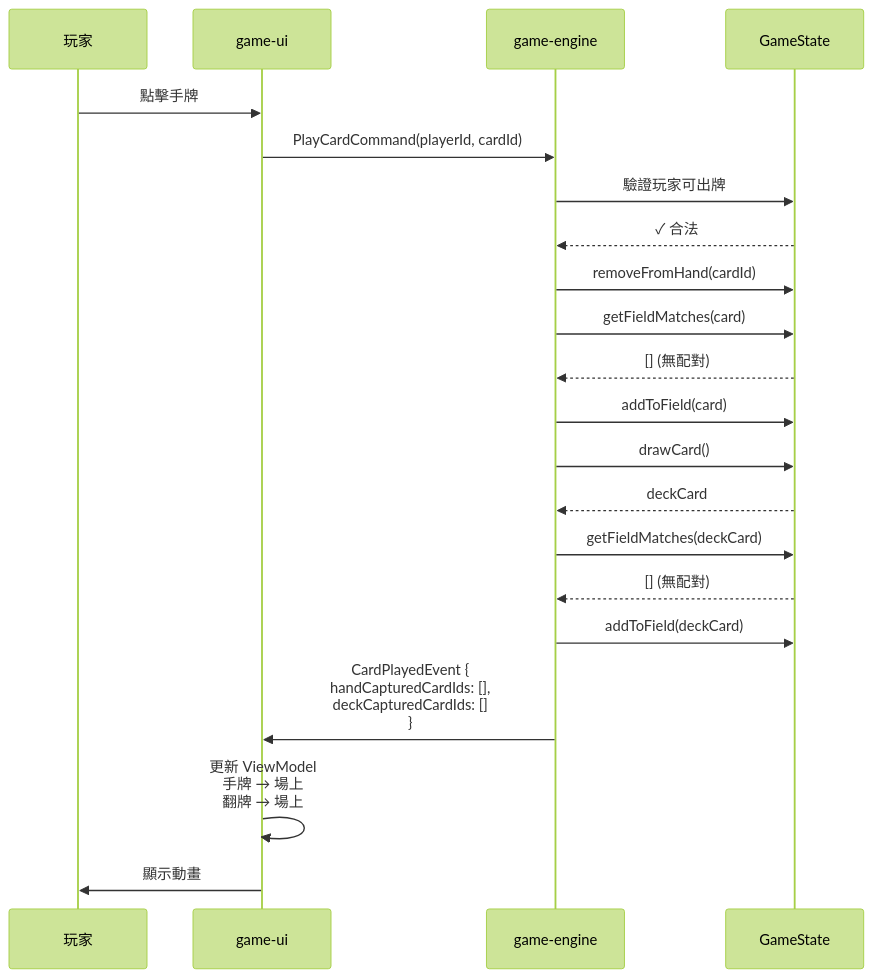
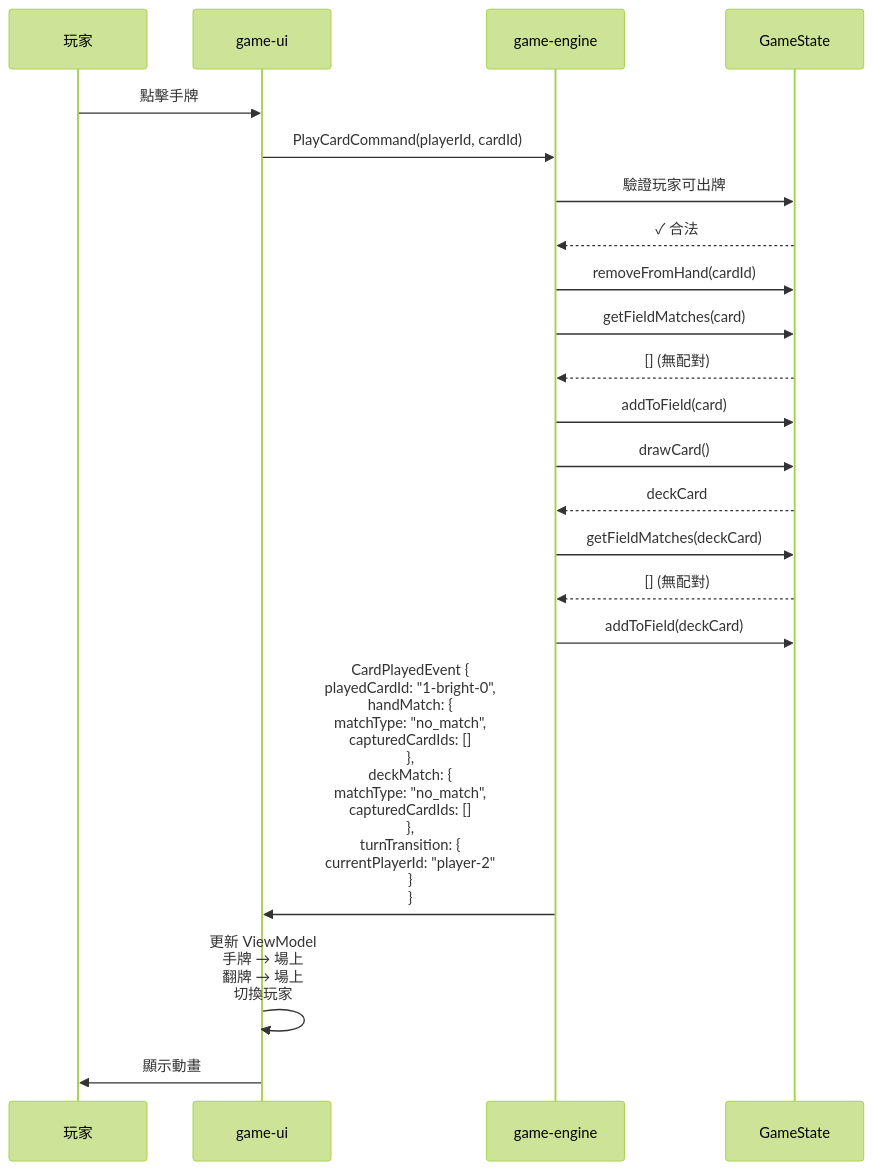
One commit to ychleo102615/hanahuda changed the second of 9 diagrams in specs/001-game-ui-game/contracts/event-sequence-diagram.md. Above: the diagram before and after it, drawn with Mermaid (forest theme). The commit also changed other lines of this file and 4 other files, not shown here.

````diff
--- a/specs/001-game-ui-game/contracts/event-sequence-diagram.md
+++ b/specs/001-game-ui-game/contracts/event-sequence-diagram.md
@@ -59,25 +53,25 @@
 ```mermaid
 sequenceDiagram
     participant Player as 玩家
     participant UI as game-ui
     participant Engine as game-engine
     participant State as GameState
 
     Player->>UI: 點擊手牌
     UI->>Engine: PlayCardCommand(playerId, cardId)
     Engine->>State: 驗證玩家可出牌
     State-->>Engine: ✓ 合法
     Engine->>State: removeFromHand(cardId)
     Engine->>State: getFieldMatches(card)
     State-->>Engine: [] (無配對)
     Engine->>State: addToField(card)
     Engine->>State: drawCard()
     State-->>Engine: deckCard
     Engine->>State: getFieldMatches(deckCard)
     State-->>Engine: [] (無配對)
     Engine->>State: addToField(deckCard)
 
-    Engine->>UI: CardPlayedEvent {<br/>  handCapturedCardIds: [],<br/>  deckCapturedCardIds: []<br/>}
-    UI->>UI: 更新 ViewModel<br/>手牌 → 場上<br/>翻牌 → 場上
+    Engine->>UI: CardPlayedEvent {<br/>  playedCardId: "1-bright-0",<br/>  handMatch: {<br/>    matchType: "no_match",<br/>    capturedCardIds: []<br/>  },<br/>  deckMatch: {<br/>    matchType: "no_match",<br/>    capturedCardIds: []<br/>  },<br/>  turnTransition: {<br/>    currentPlayerId: "player-2"<br/>  }<br/>}
+    UI->>UI: 更新 ViewModel<br/>手牌 → 場上<br/>翻牌 → 場上<br/>切換玩家
     UI->>Player: 顯示動畫
 ```
````
